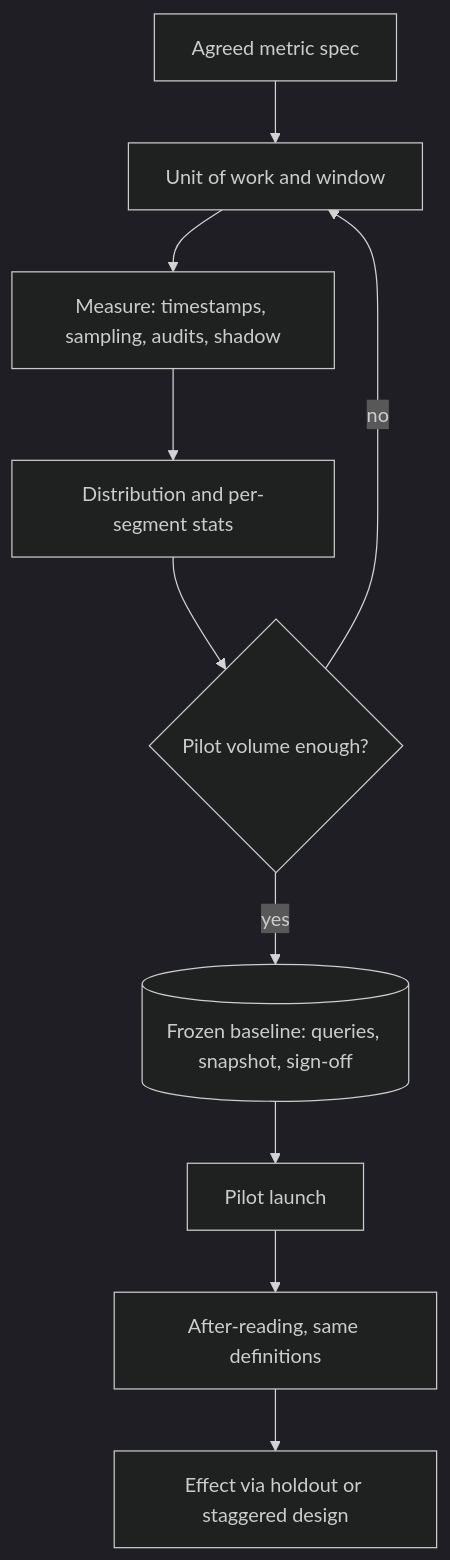
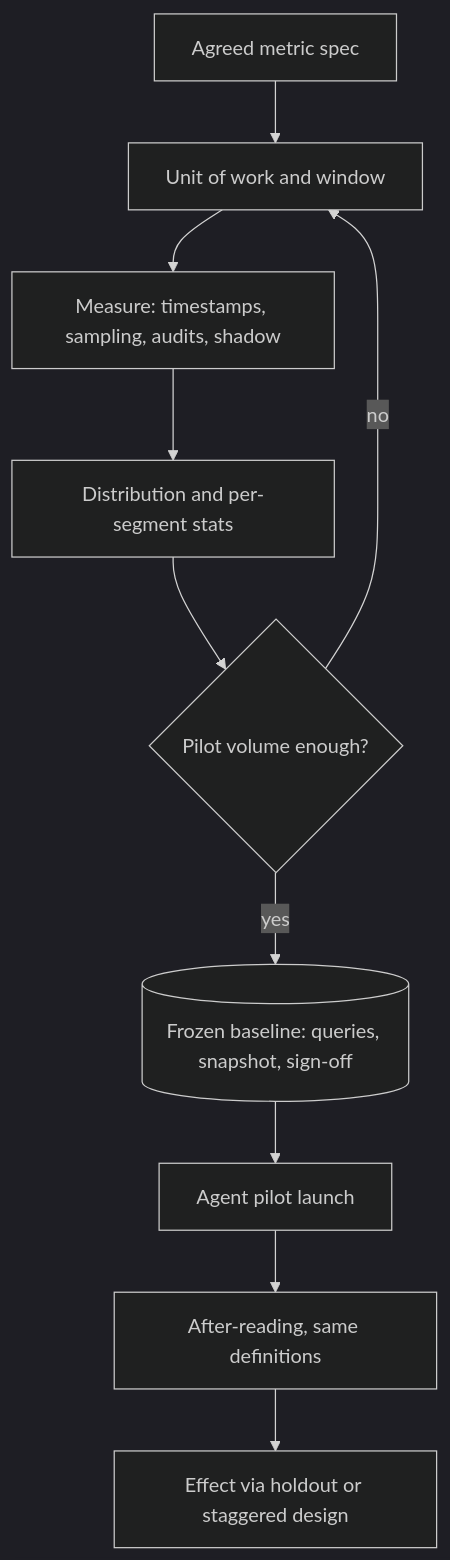
The diagram in content/scoping/baseline-measurement-before-deployment.md (lovishmahajan97/agentic-learning), drawn with Mermaid (dark theme) before and after one commit. The commit also changed other lines of this file and 485 other files, not shown here.

````diff
--- a/content/scoping/baseline-measurement-before-deployment.md
+++ b/content/scoping/baseline-measurement-before-deployment.md
@@ -110,12 +126,12 @@
 ```mermaid
 flowchart TD
     S["Agreed metric spec"] --> W["Unit of work and window"]
     W --> M["Measure: timestamps, sampling, audits, shadow"]
     M --> X["Distribution and per-segment stats"]
     X --> N{"Pilot volume enough?"}
     N -->|"no"| W
     N -->|"yes"| F[("Frozen baseline: queries, snapshot, sign-off")]
-    F --> L["Pilot launch"]
+    F --> L["Agent pilot launch"]
     L --> A["After-reading, same definitions"]
     A --> E["Effect via holdout or staggered design"]
 ```
````
